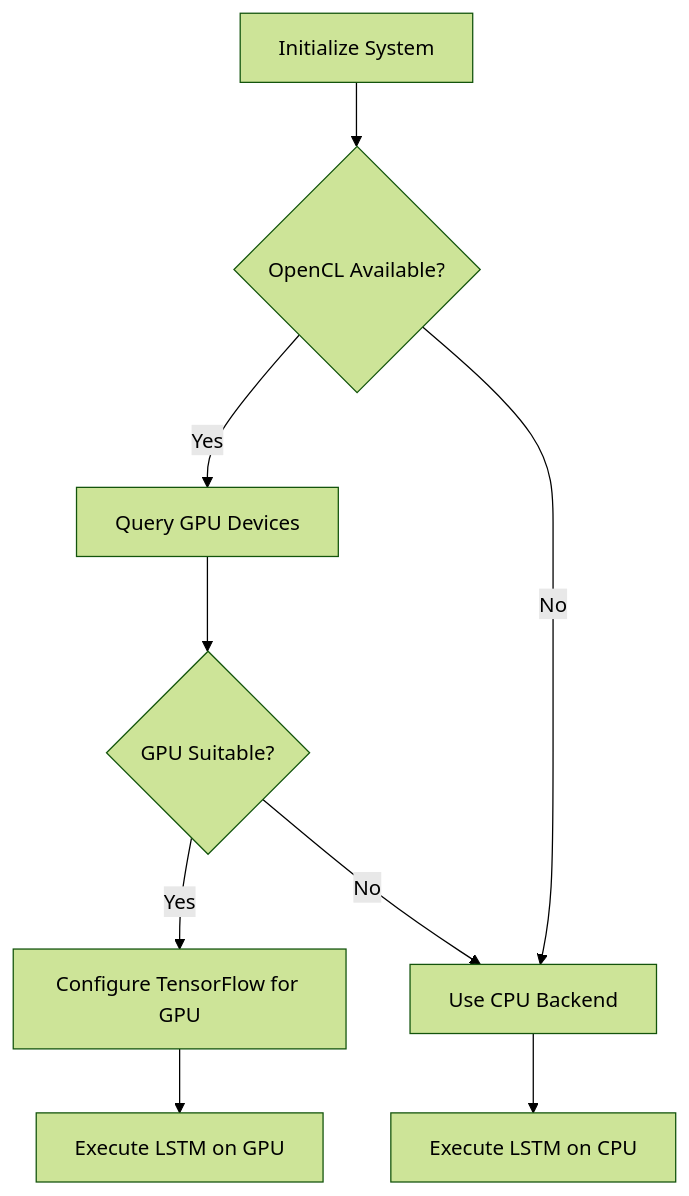
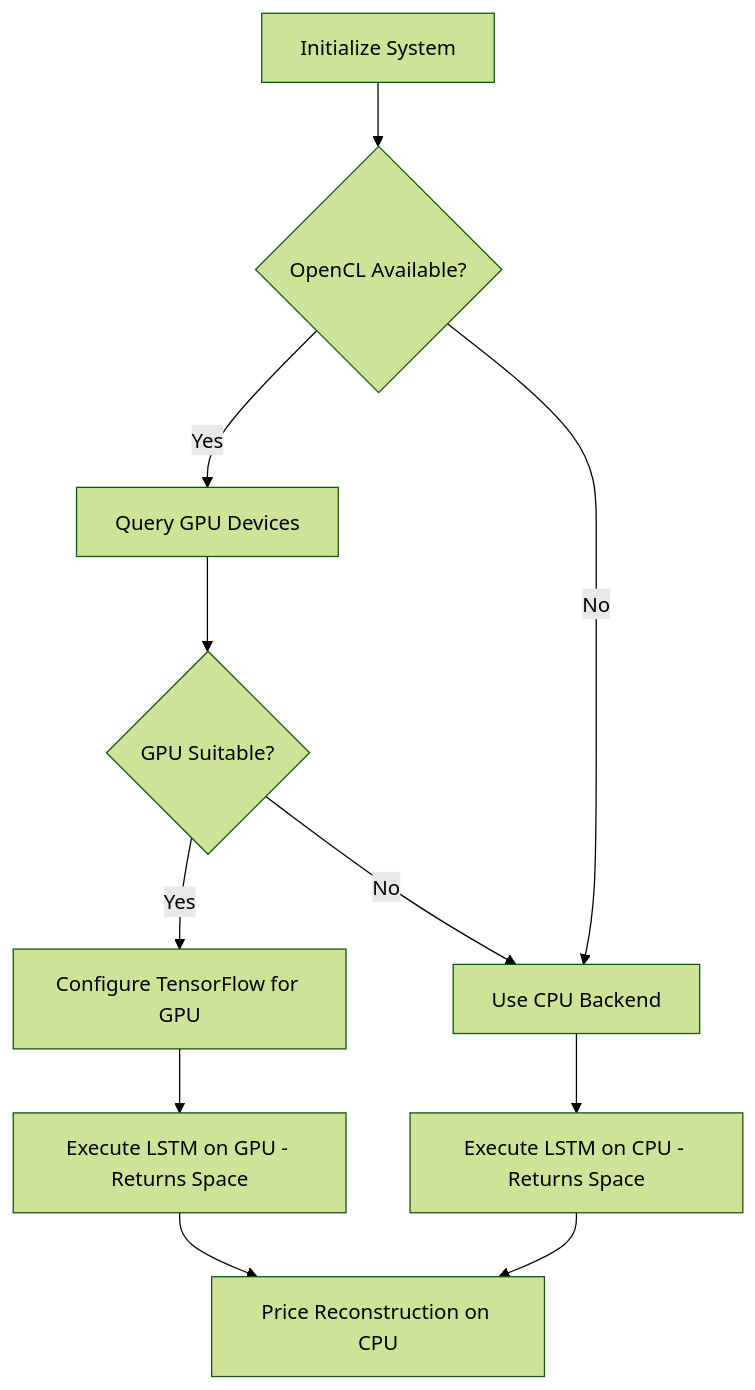
Diagram 12 of 12 in plans/architecture.md (konstantin-vantukh/lstm_arima), drawn with Mermaid (forest theme) before and after one commit. The commit also changed other lines of this file and 28 other files, not shown here.

Commit message:
Adds forecasts in pricing space to the ones in returns space.

````diff
--- a/plans/architecture.md
+++ b/plans/architecture.md
@@ -516,11 +630,13 @@
 ```mermaid
 flowchart TD
     A[Initialize System] --> B{OpenCL Available?}
     B -->|Yes| C[Query GPU Devices]
     C --> D{GPU Suitable?}
     D -->|Yes| E[Configure TensorFlow for GPU]
     D -->|No| F[Use CPU Backend]
     B -->|No| F
-    E --> G[Execute LSTM on GPU]
-    F --> H[Execute LSTM on CPU]
+    E --> G[Execute LSTM on GPU - Returns Space]
+    F --> H[Execute LSTM on CPU - Returns Space]
+    G --> I[Price Reconstruction on CPU]
+    H --> I
 ```
````
